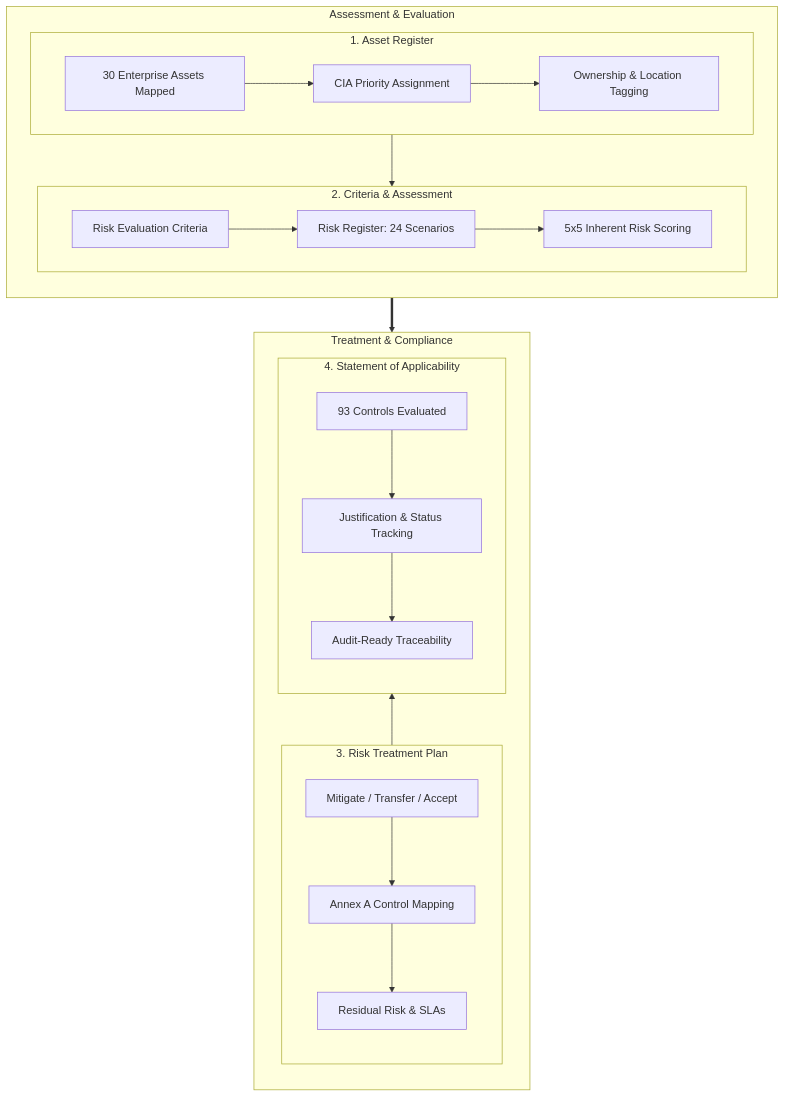
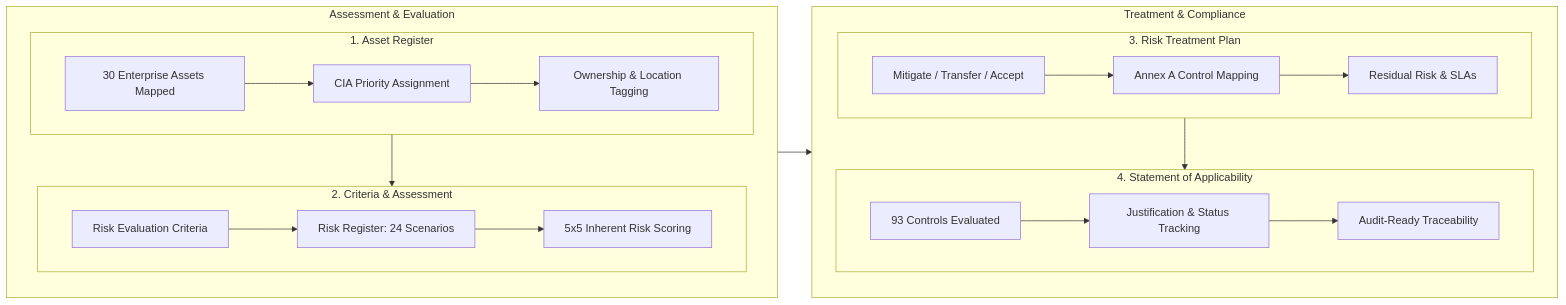
One commit to jigyasha-rjb/RiskAssessment-SOA-Implementation-ISO-IEC-27001-2022 changed the diagram in readme.md. Above: the diagram before and after it, drawn with Mermaid.

Commit message:
Update mermaid diagram layout and direction

````diff
--- a/readme.md
+++ b/readme.md
@@ -35,44 +35,44 @@
 ```mermaid
 %%{init: {
   "flowchart": {
-    "rankSpacing": 30,
-    "nodeSpacing": 25,
+    "rankSpacing": 40,
+    "nodeSpacing": 30,
     "curve": "basis"
   }
 }%%
-flowchart TD
+flowchart LR
     subgraph Assessment_Column[Assessment & Evaluation]
         direction TD
         
         subgraph Phase_1[1. Asset Register]
             A1[30 Enterprise Assets Mapped] --> A2[CIA Priority Assignment]
             A2 --> A3[Ownership & Location Tagging]
         end
 
         subgraph Phase_2[2. Criteria & Assessment]
             B1[Risk Evaluation Criteria] --> B2[Risk Register: 24 Scenarios]
             B2 --> B3[5x5 Inherent Risk Scoring]
         end
 
         Phase_1 --> Phase_2
     end
 
     subgraph Governance_Column[Treatment & Compliance]
-        direction BT
+        direction TD
         
+        subgraph Phase_3[3. Risk Treatment Plan]
+            C1[Mitigate / Transfer / Accept] --> C2[Annex A Control Mapping]
+            C2 --> C3[Residual Risk & SLAs]
+        end
+
         subgraph Phase_4[4. Statement of Applicability]
             D1[93 Controls Evaluated] --> D2[Justification & Status Tracking]
             D2 --> D3[Audit-Ready Traceability]
         end
 
-        subgraph Phase_3[3. Risk Treatment Plan]
-            C1[Mitigate / Transfer / Accept] --> C2[Annex A Control Mapping]
-            C2 --> C3[Residual Risk & SLAs]
-        end
-
         Phase_3 --> Phase_4
     end
 
-    %% Down-to-Up Crossover Bridge
-    Phase_2 ==> Phase_3
+    %% Horizontal connection linking Column 1 to Column 2
+    Assessment_Column --> Governance_Column
 ```
````
